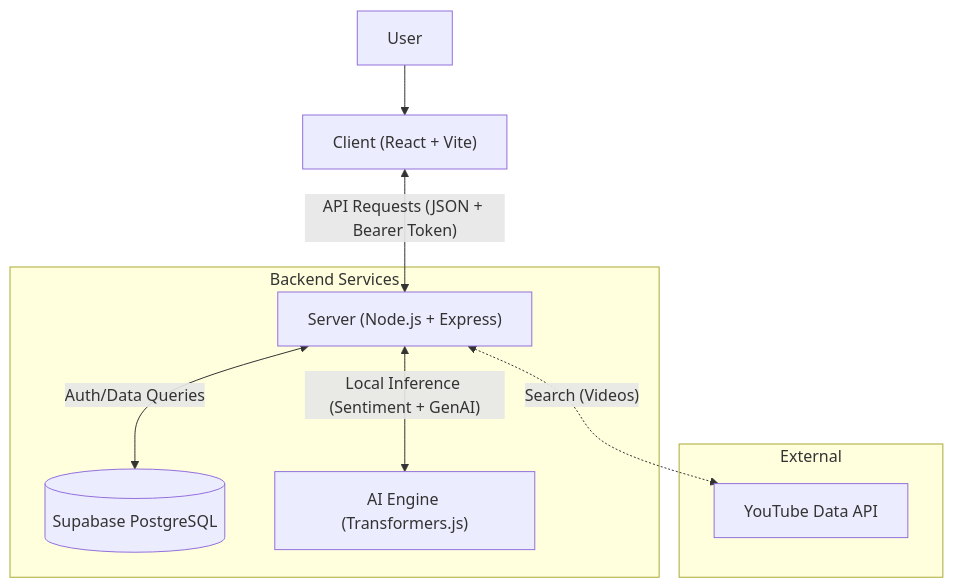
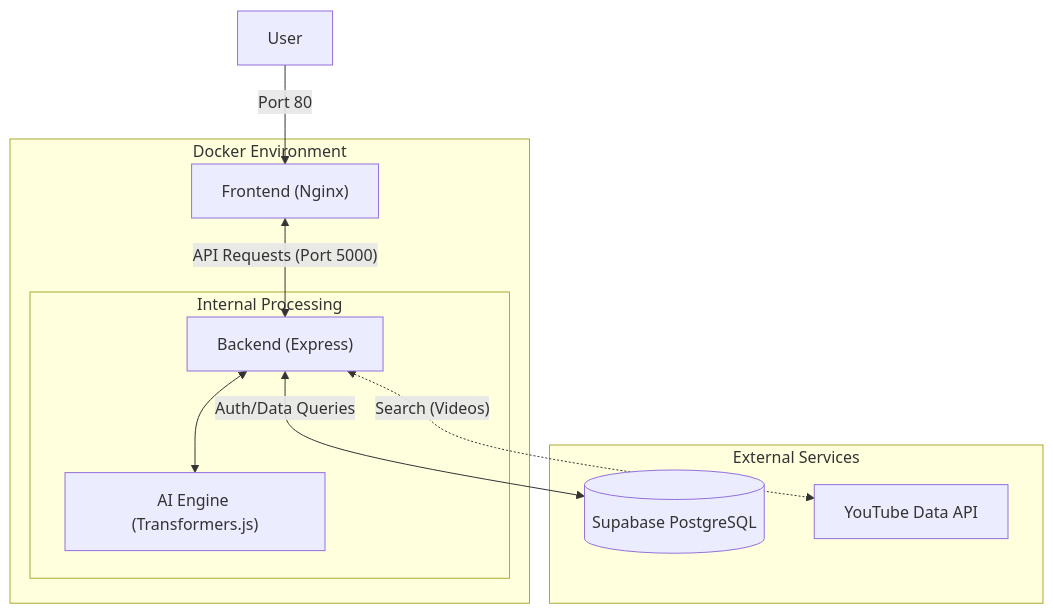
One commit to duhnuker/compAnIon changed the diagram in README.md. Above: the diagram before and after it, drawn with Mermaid. The commit also changed other lines of this file, not shown here.

````diff
--- a/README.md
+++ b/README.md
@@ -8,14 +8,17 @@
 ```mermaid
 graph TD
-    User[User] --> Client["Client (React + Vite)"]
-    Client <-->|"API Requests (JSON + Bearer Token)"| Server["Server (Node.js + Express)"]
+    User[User] -->|"Port 80"| Frontend["Frontend (Nginx)"]
     
-    subgraph "Backend Services"
-        Server <-->|"Auth/Data Queries"| DB[("Supabase PostgreSQL")]
-        Server <-->|"Local Inference (Sentiment + GenAI)"| AI["AI Engine (Transformers.js)"]
+    subgraph "Docker Environment"
+        Frontend <-->|"API Requests (Port 5000)"| Backend["Backend (Express)"]
+        
+        subgraph "Internal Processing"
+            Backend <--> AI["AI Engine (Transformers.js)"]
+        end
     end
-    
-    subgraph External
-        Server <-.->|"Search (Videos)"| YT["YouTube Data API"]
+
+    subgraph "External Services"
+        Backend <-->|"Auth/Data Queries"| DB[("Supabase PostgreSQL")]
+        Backend <-.->|"Search (Videos)"| YT["YouTube Data API"]
     end
 ```
````
